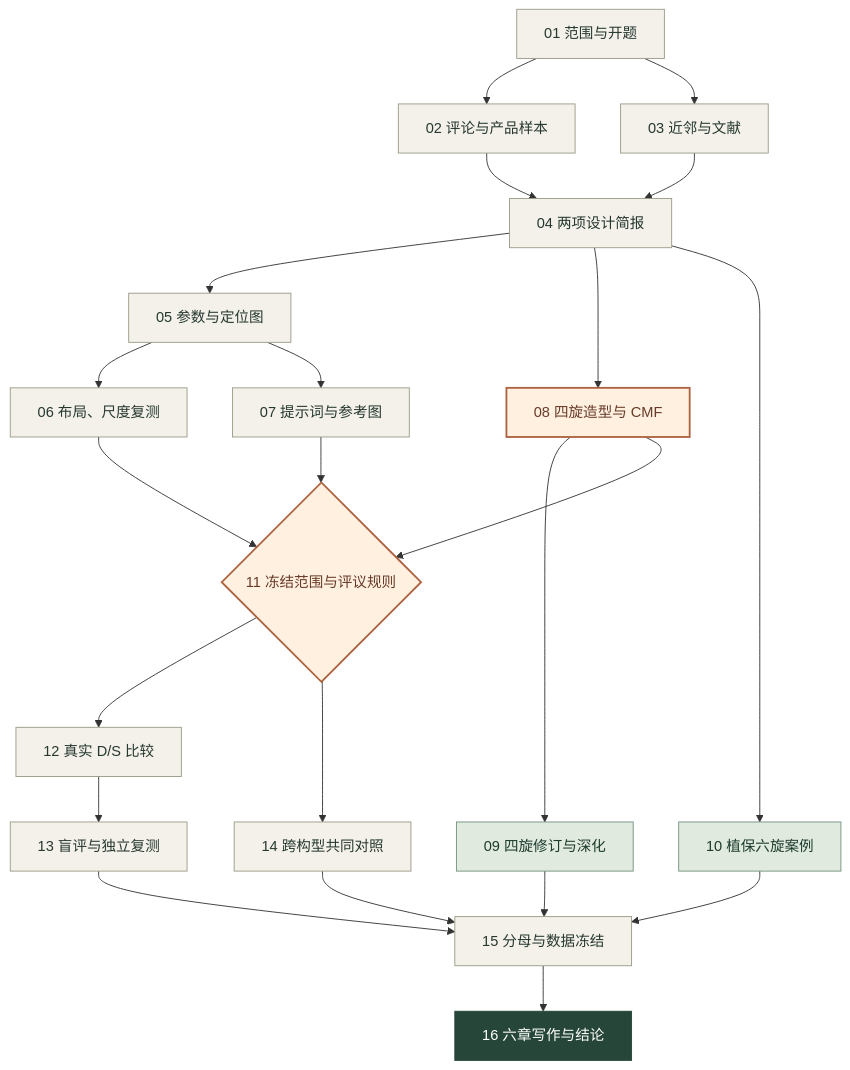
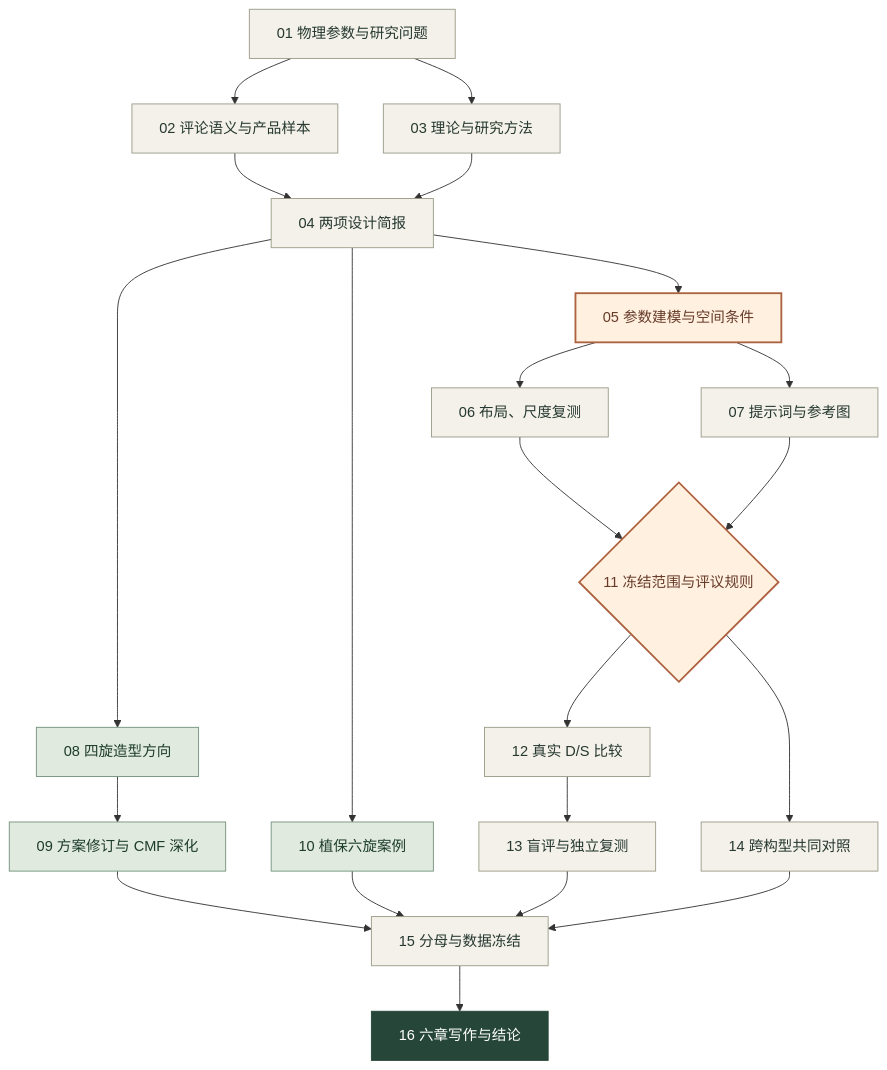
Before and after one commit to Freeloop993/paper: the diagram in planning/route-review-20261112/研究路线.mmd, drawn with Mermaid. The commit also changed 1 other file, not shown here.

```diff
--- a/planning/route-review-20261112/研究路线.mmd
+++ b/planning/route-review-20261112/研究路线.mmd
@@ -1,30 +1,29 @@
 flowchart TB
-  A["01 范围与开题"] --> B["02 评论与产品样本"]
-  A --> C["03 近邻与文献"]
+  A["01 物理参数与研究问题"] --> B["02 评论语义与产品样本"]
+  A --> C["03 理论与研究方法"]
   B --> D["04 两项设计简报"]
   C --> D
-  D --> E["05 参数与定位图"]
+  D --> E["05 参数建模与空间条件"]
   E --> F["06 布局、尺度复测"]
   E --> G["07 提示词与参考图"]
-  D --> H["08 四旋造型与 CMF"]
-  H --> I["09 四旋修订与深化"]
+  D --> H["08 四旋造型方向"]
+  H --> I["09 方案修订与 CMF 深化"]
   D --> J["10 植保六旋案例"]
   F --> K{"11 冻结范围与评议规则"}
   G --> K
-  H --> K
   K --> L["12 真实 D/S 比较"]
   L --> M["13 盲评与独立复测"]
   K --> N["14 跨构型共同对照"]
   I --> O["15 分母与数据冻结"]
   J --> O
   M --> O
   N --> O
   O --> P["16 六章写作与结论"]
   classDef base fill:#f3f1e9,stroke:#9b9b88,color:#263830
   classDef design fill:#e1eadf,stroke:#74927d,color:#1c3c2c
   classDef focus fill:#fff0df,stroke:#ad623f,color:#673b29,stroke-width:2px
   classDef endnode fill:#264639,stroke:#264639,color:#ffffff
-  class A,B,C,D,E,F,G,L,M,N,O base
-  class I,J design
-  class H,K focus
+  class A,B,C,D,F,G,L,M,N,O base
+  class H,I,J design
+  class E,K focus
   class P endnode
```
